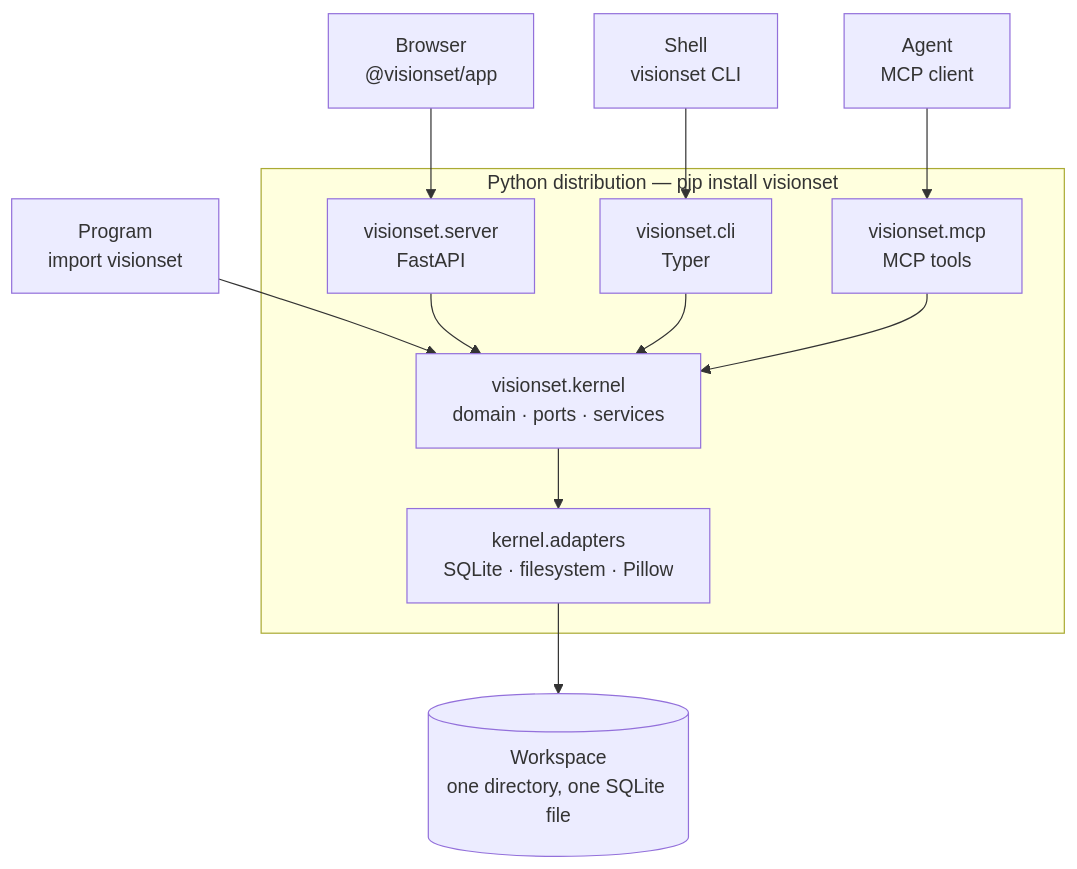
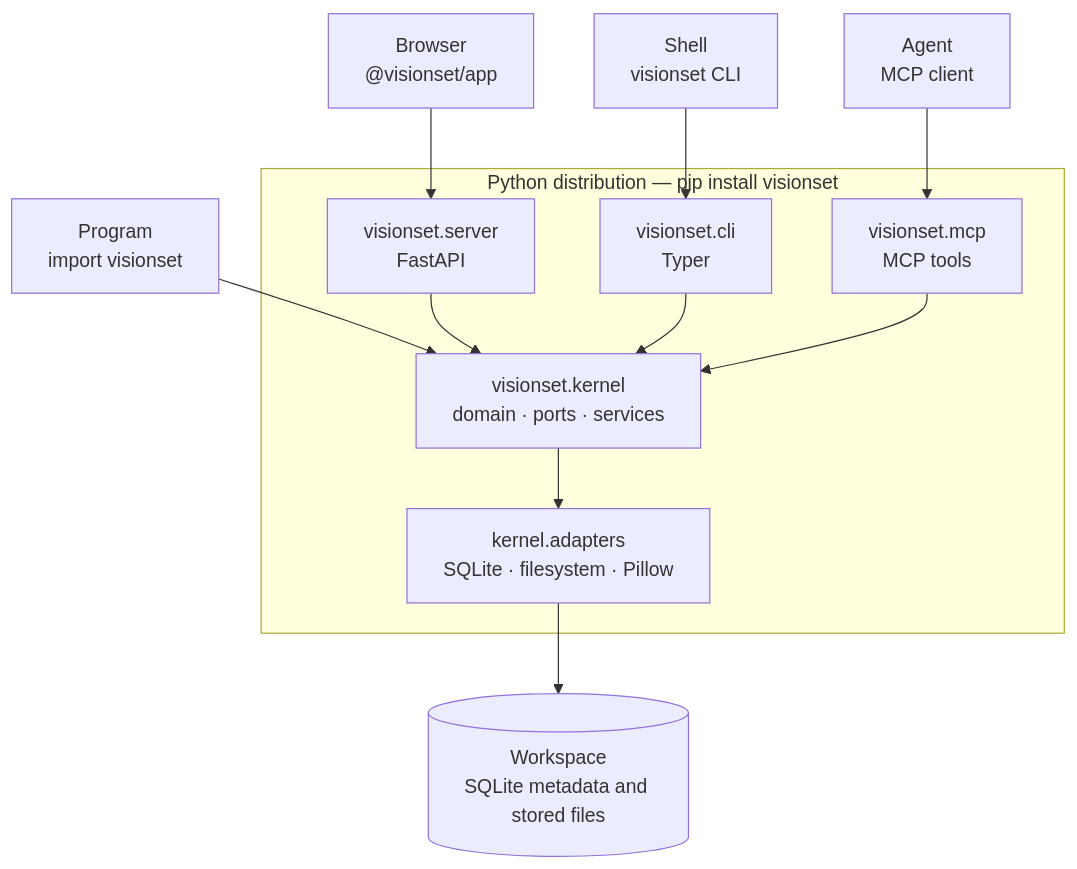
The diagram in docs/content/architecture/README.md (Robomous/VisionSet), drawn with Mermaid before and after one commit. The commit also changed other lines of this file and 49 other files, not shown here.

````diff
--- a/docs/content/architecture/README.md
+++ b/docs/content/architecture/README.md
@@ -15,27 +13,27 @@
 ```mermaid
 flowchart TB
     Browser["Browser\n@visionset/app"]
     Agent["Agent\nMCP client"]
     Shell["Shell\nvisionset CLI"]
     Program["Program\nimport visionset"]
 
     subgraph Distribution["Python distribution — pip install visionset"]
         Server["visionset.server\nFastAPI"]
         Cli["visionset.cli\nTyper"]
         Mcp["visionset.mcp\nMCP tools"]
         Kernel["visionset.kernel\ndomain · ports · services"]
         Adapters["kernel.adapters\nSQLite · filesystem · Pillow"]
     end
 
-    Store[("Workspace\none directory, one SQLite file")]
+    Store[("Workspace\nSQLite metadata and stored files")]
 
     Browser --> Server
     Agent --> Mcp
     Shell --> Cli
     Program --> Kernel
     Server --> Kernel
     Cli --> Kernel
     Mcp --> Kernel
     Kernel --> Adapters
     Adapters --> Store
 ```
````
